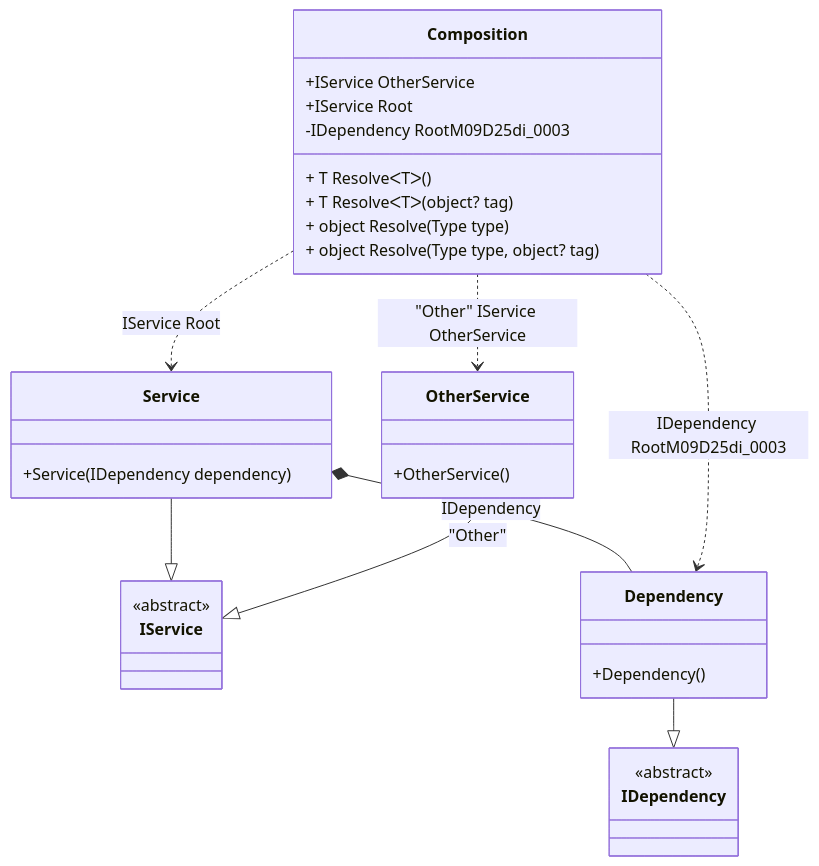
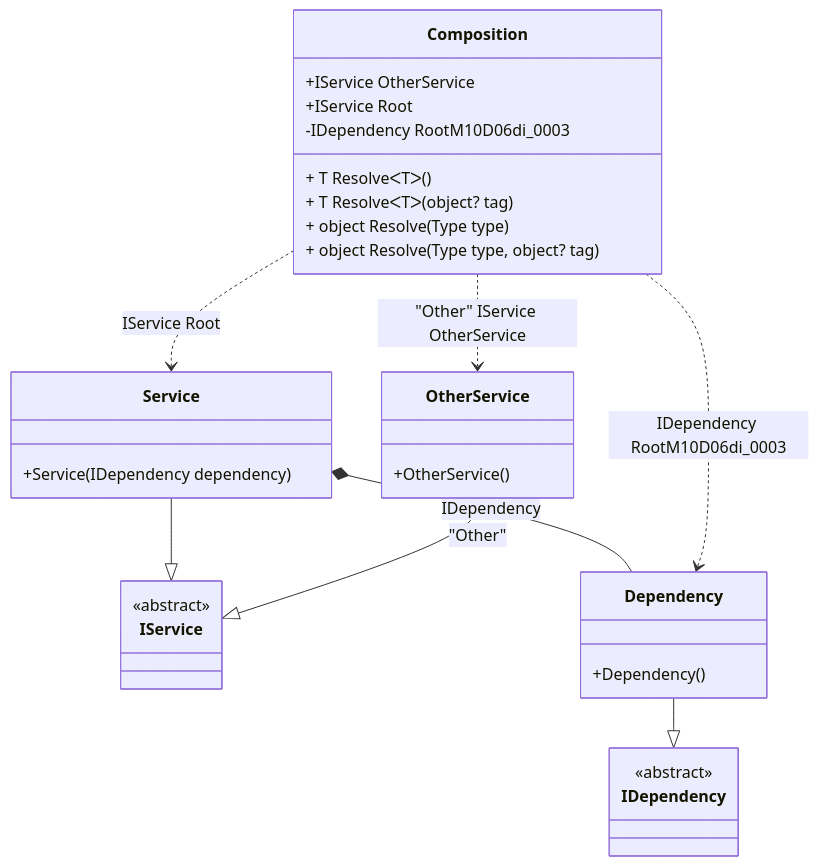
The diagram in readme/composition-roots.md (DevTeam/Pure.DI), drawn with Mermaid before and after one commit. The commit also changed other lines of this file and 57 other files, not shown here.

````diff
--- a/readme/composition-roots.md
+++ b/readme/composition-roots.md
@@ -45,34 +45,34 @@
 ```mermaid
 classDiagram
   class Composition {
     +IService OtherService
     +IService Root
-    -IDependency RootM09D25di_0003
+    -IDependency RootM10D06di_0003
     + T ResolveᐸTᐳ()
     + T ResolveᐸTᐳ(object? tag)
     + object Resolve(Type type)
     + object Resolve(Type type, object? tag)
   }
   Service --|> IService : 
   class Service {
     +Service(IDependency dependency)
   }
   OtherService --|> IService : "Other" 
   class OtherService {
     +OtherService()
   }
   Dependency --|> IDependency : 
   class Dependency {
     +Dependency()
   }
   class IService {
     <<abstract>>
   }
   class IDependency {
     <<abstract>>
   }
   Service *--  Dependency : IDependency
   Composition ..> Service : IService Root
   Composition ..> OtherService : "Other" IService OtherService
-  Composition ..> Dependency : IDependency RootM09D25di_0003
+  Composition ..> Dependency : IDependency RootM10D06di_0003
 ```
````
